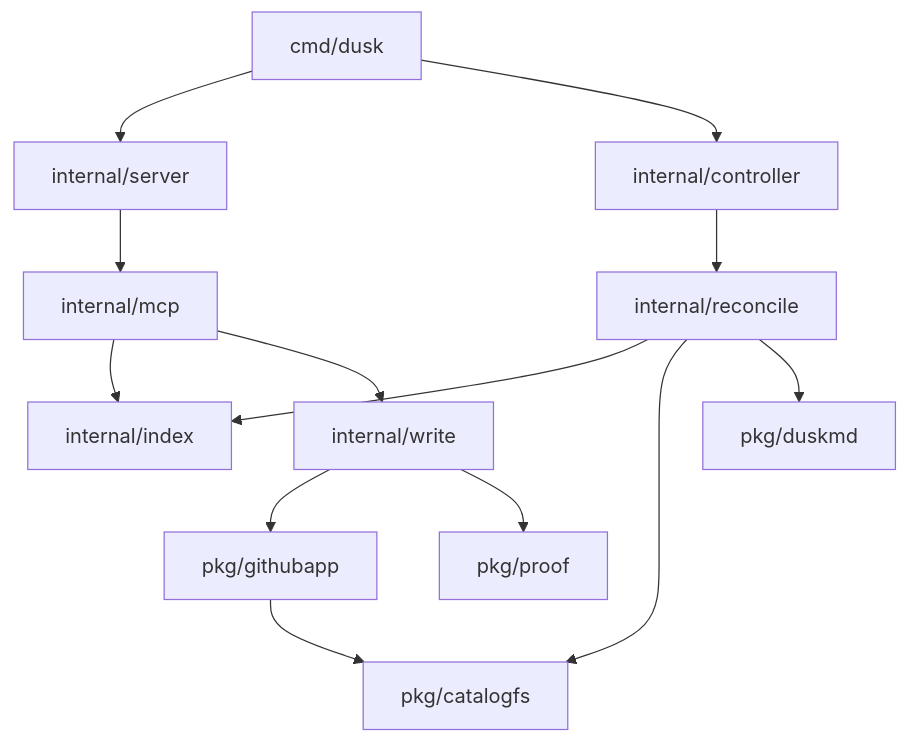
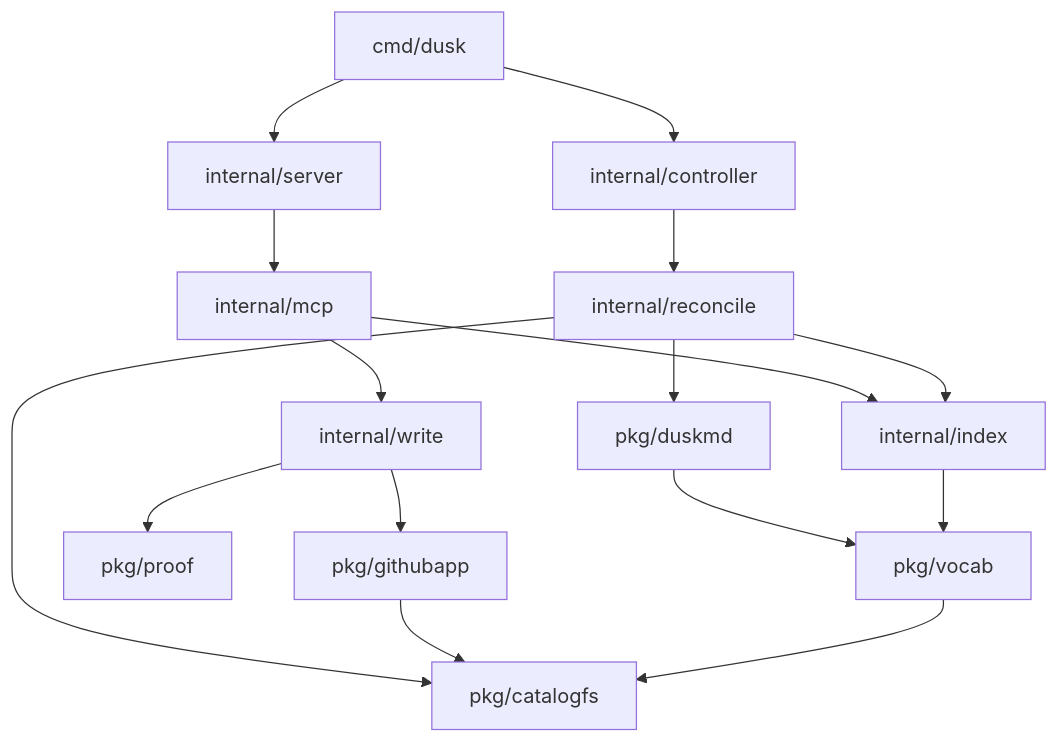
Before and after one commit to NerdsWhoFish/dusk: the diagram in docs/packages.md, drawn with Mermaid. The commit also changed other lines of this file and 8 other files, not shown here.

````diff
--- a/docs/packages.md
+++ b/docs/packages.md
@@ -26,15 +26,18 @@
 ```mermaid
 graph TD
   CMD["cmd/dusk"] --> SRV["internal/server"]
   CMD --> CTL["internal/controller"]
   SRV --> MCP["internal/mcp"]
   CTL --> REC["internal/reconcile"]
   MCP --> IDX["internal/index"]
   MCP --> WRI["internal/write"]
   REC --> IDX
   REC --> CFS["pkg/catalogfs"]
   REC --> MD["pkg/duskmd"]
   WRI --> GH["pkg/githubapp"]
   WRI --> PRF["pkg/proof"]
   GH --> CFS
+  MD --> VOC["pkg/vocab"]
+  IDX --> VOC
+  VOC --> CFS
 ```
````
